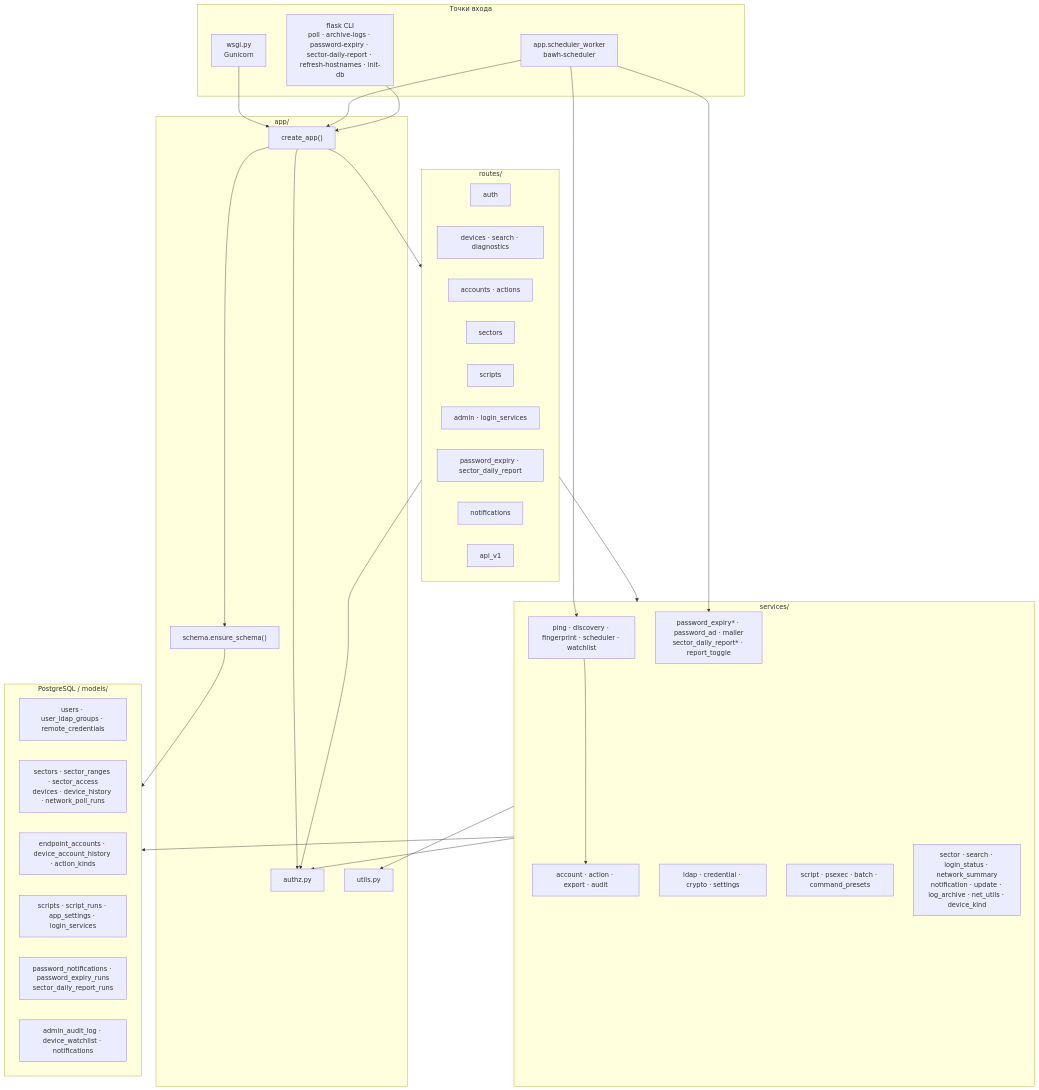
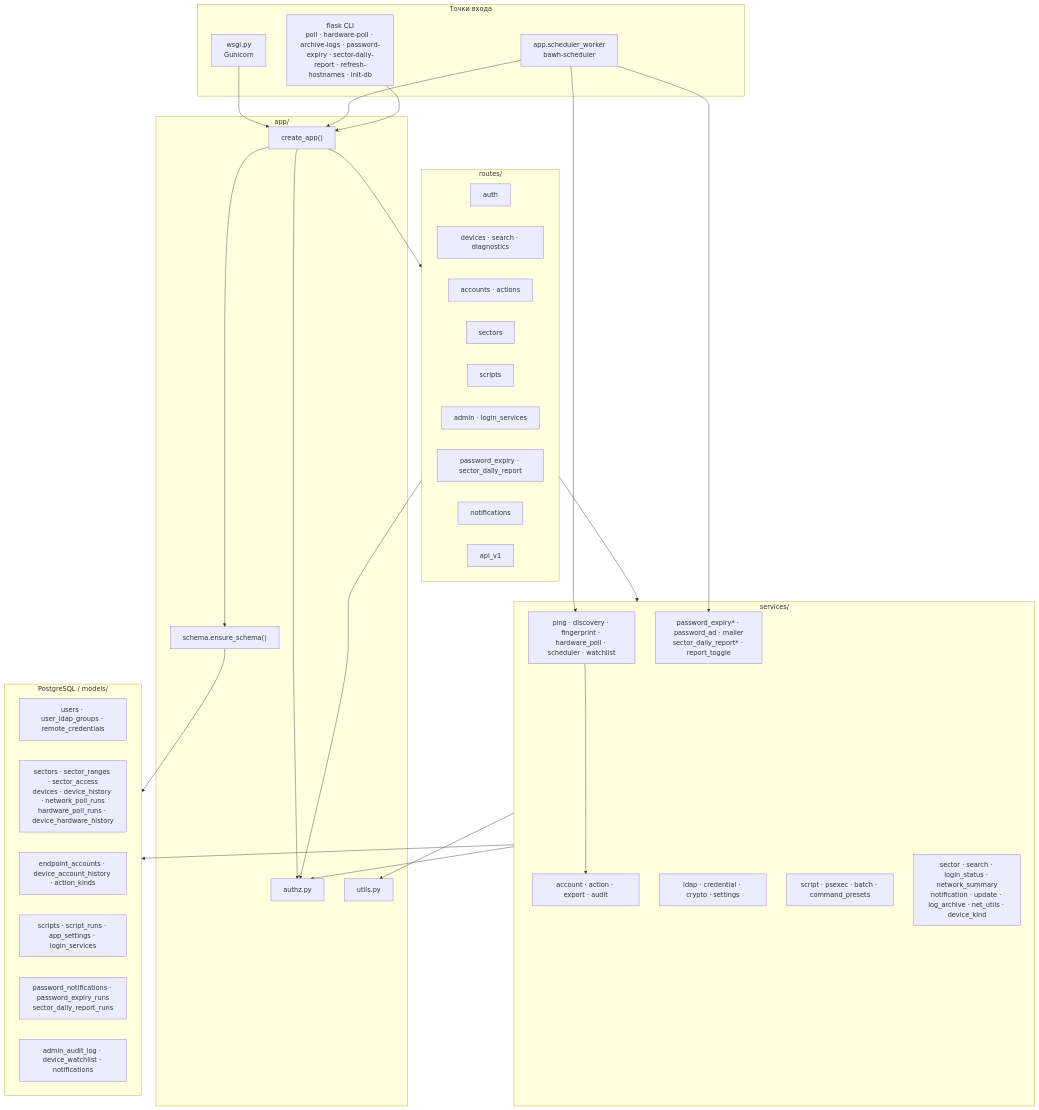
One commit to blazerity/admin-webhelper changed the first of 2 diagrams in docs/ARCHITECTURE.md. Above: the diagram before and after it, drawn with Mermaid. The commit also changed other lines of this file and 18 other files, not shown here.

````diff
--- a/docs/ARCHITECTURE.md
+++ b/docs/ARCHITECTURE.md
@@ -114,61 +115,61 @@
 ```mermaid
 flowchart TB
   subgraph entry["Точки входа"]
     WSGI["wsgi.py<br/>Gunicorn"]
     SCHED["app.scheduler_worker<br/>bawh-scheduler"]
-    CLI["flask CLI<br/>poll · archive-logs · password-expiry · sector-daily-report · refresh-hostnames · init-db"]
+    CLI["flask CLI<br/>poll · hardware-poll · archive-logs · password-expiry · sector-daily-report · refresh-hostnames · init-db"]
   end
 
   subgraph app_core["app/"]
     CREATE["create_app()"]
     SCHEMA["schema.ensure_schema()"]
     AUTH["authz.py"]
     UTILS["utils.py"]
   end
 
   subgraph http["routes/"]
     R_AUTH["auth"]
     R_DEV["devices · search · diagnostics"]
     R_ACC["accounts · actions"]
     R_SEC["sectors"]
     R_SCR["scripts"]
     R_ADM["admin · login_services"]
     R_PWD["password_expiry · sector_daily_report"]
     R_NTF["notifications"]
     R_API["api_v1"]
   end
 
   subgraph services["services/"]
-    S_POLL["ping · discovery · fingerprint · scheduler · watchlist"]
+    S_POLL["ping · discovery · fingerprint · hardware_poll · scheduler · watchlist"]
     S_ACC["account · action · export · audit"]
     S_ID["ldap · credential · crypto · settings"]
     S_RUN["script · psexec · batch · command_presets"]
     S_PWD["password_expiry* · password_ad · mailer<br/>sector_daily_report* · report_toggle"]
     S_OTH["sector · search · login_status · network_summary<br/>notification · update · log_archive · net_utils · device_kind"]
   end
 
   subgraph data["PostgreSQL / models/"]
     M_USER["users · user_ldap_groups · remote_credentials"]
-    M_NET["sectors · sector_ranges · sector_access<br/>devices · device_history · network_poll_runs"]
+    M_NET["sectors · sector_ranges · sector_access<br/>devices · device_history · network_poll_runs<br/>hardware_poll_runs · device_hardware_history"]
     M_ACC["endpoint_accounts · device_account_history · action_kinds"]
     M_SCR["scripts · script_runs · app_settings · login_services"]
     M_PWD["password_notifications · password_expiry_runs<br/>sector_daily_report_runs"]
     M_NTF["admin_audit_log · device_watchlist · notifications"]
   end
 
   WSGI --> CREATE
   SCHED --> CREATE
   CLI --> CREATE
   CREATE --> SCHEMA
   CREATE --> http
   CREATE --> AUTH
   http --> services
   http --> AUTH
   SCHED --> S_POLL
   SCHED --> S_PWD
   services --> data
   services --> AUTH
   services --> UTILS
   S_POLL --> S_ACC
   SCHEMA --> data
 ```
````
